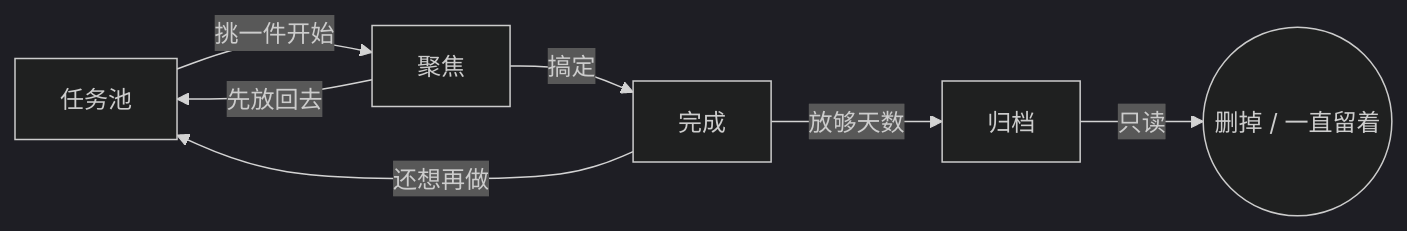
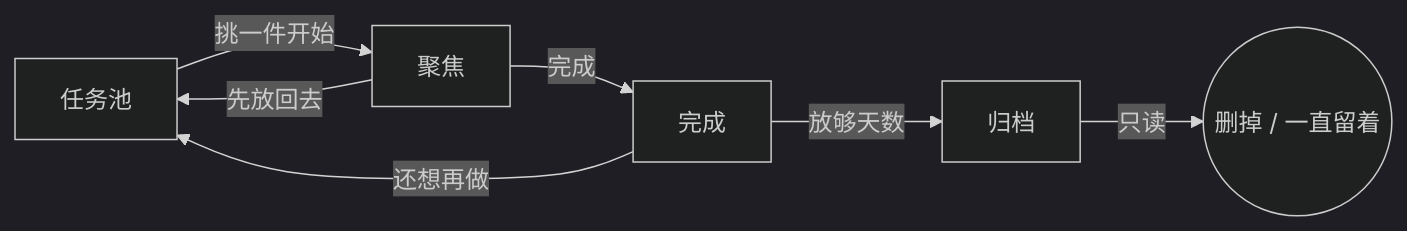
The diagram in README.md (ShuangqiLi/FlowDo), drawn with Mermaid (dark theme) before and after one commit. The commit also changed other lines of this file and 30 other files, not shown here.

````diff
--- a/README.md
+++ b/README.md
@@ -26,9 +26,9 @@
 ```mermaid
 flowchart LR
     A[任务池] -->|挑一件开始| B[聚焦]
-    B -->|搞定| C[完成]
+    B -->|完成| C[完成]
     B -->|先放回去| A
     C -->|放够天数| D[归档]
     C -->|还想再做| A
     D -->|只读| E((删掉 / 一直留着))
 ```
````
